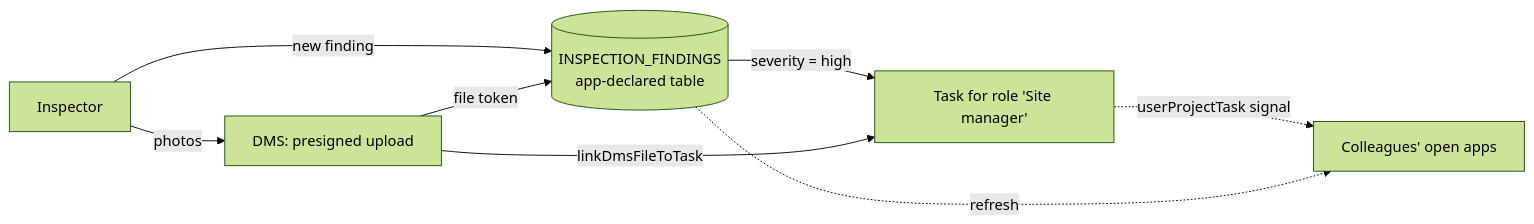
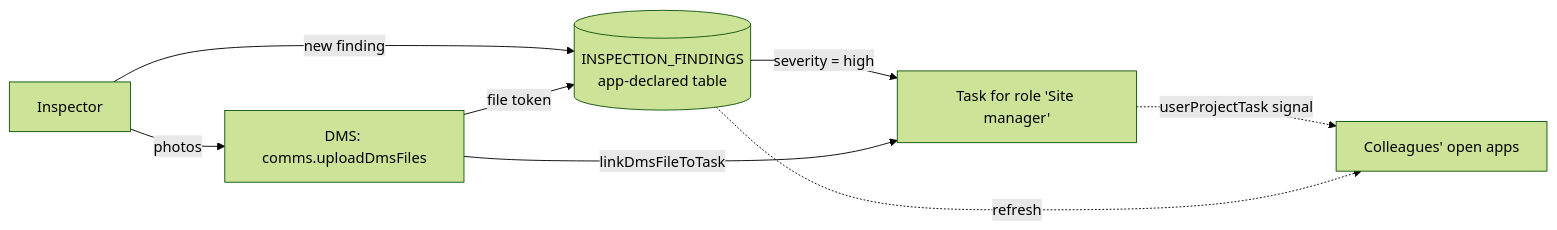
Before and after one commit to ANTCDE/vue-template: the first of 3 diagrams in docs/scenarios.md, drawn with Mermaid (forest theme). The commit also changed other lines of this file and 13 other files, not shown here.

First line of the commit message:
feat(files): upload through the OS with comms.uploadDmsFiles

````diff
--- a/docs/scenarios.md
+++ b/docs/scenarios.md
@@ -19,10 +19,10 @@
 ```mermaid
 flowchart LR
   I[Inspector] -->|new finding| R[(INSPECTION_FINDINGS<br/>app-declared table)]
-  I -->|photos| D[DMS: presigned upload]
+  I -->|photos| D[DMS: comms.uploadDmsFiles]
   D -->|file token| R
   R -->|severity = high| T[Task for role 'Site manager']
   D -->|linkDmsFileToTask| T
   T -.->|userProjectTask signal| C[Colleagues' open apps]
   R -.->|refresh| C
 ```
````
